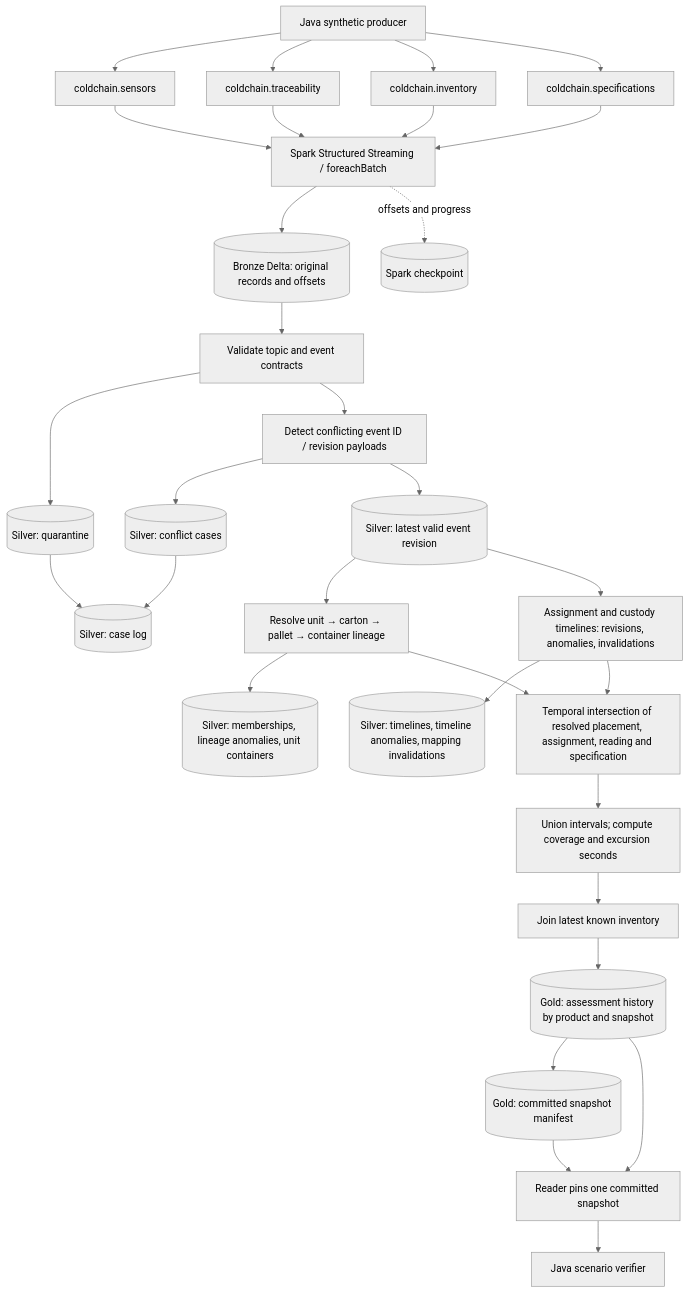
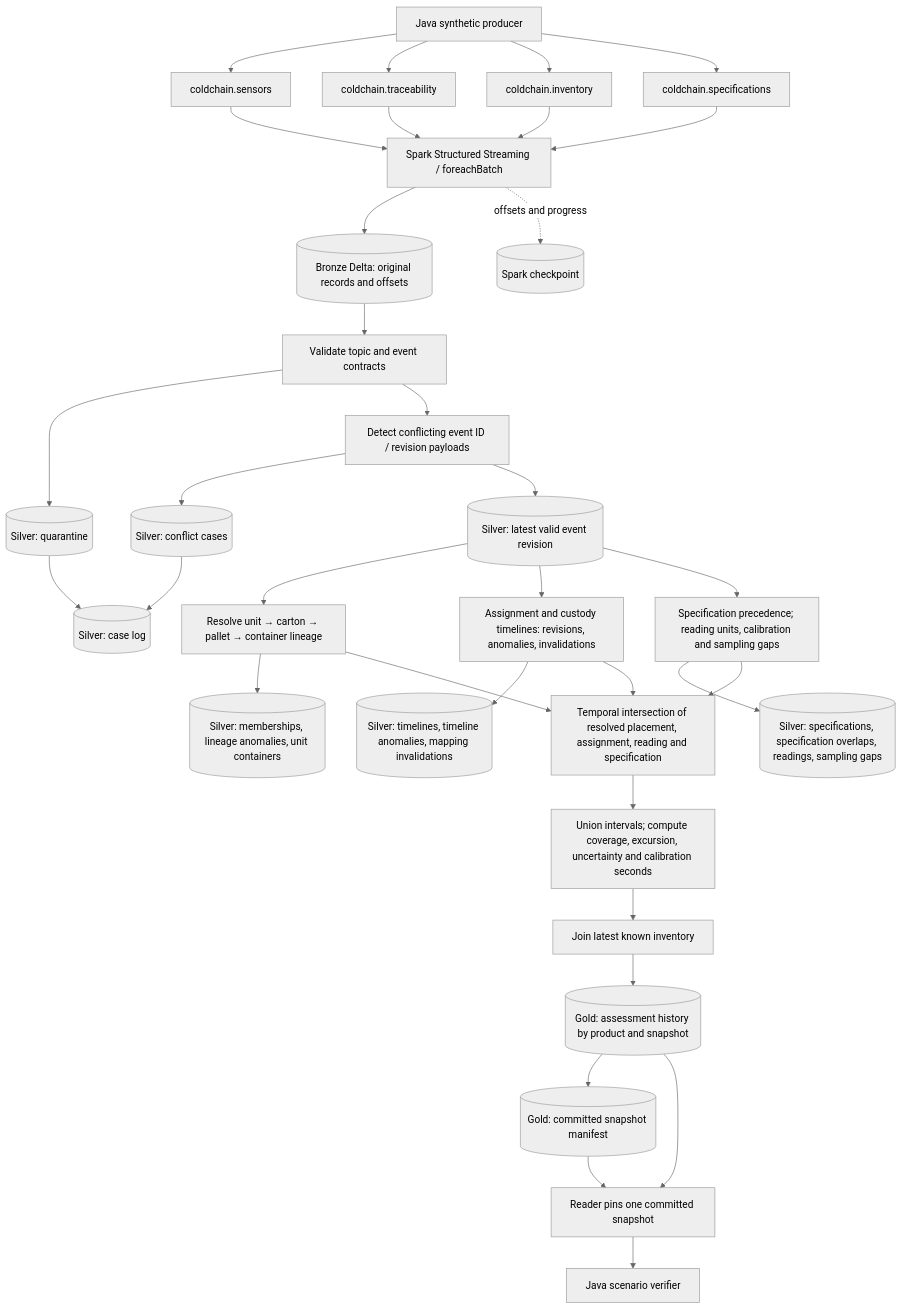
One commit to rmansoor/pharma-cold-chain changed the first of 2 diagrams in docs/architecture.md. Above: the diagram before and after it, drawn with Mermaid (neutral theme). The commit also changed 20 other files, not shown here.

````diff
--- a/docs/architecture.md
+++ b/docs/architecture.md
@@ -13,33 +13,36 @@
 ```mermaid
 flowchart TD
   SIM[Java synthetic producer] --> S[coldchain.sensors]
   SIM --> T[coldchain.traceability]
   SIM --> I[coldchain.inventory]
   SIM --> P[coldchain.specifications]
   S --> ING[Spark Structured Streaming / foreachBatch]
   T --> ING
   I --> ING
   P --> ING
   ING --> B[(Bronze Delta: original records and offsets)]
   B --> V[Validate topic and event contracts]
   V --> Q[(Silver: quarantine)]
   V --> C[Detect conflicting event ID / revision payloads]
   C --> CQ[(Silver: conflict cases)]
   Q --> L[(Silver: case log)]
   CQ --> L
   C --> E[(Silver: latest valid event revision)]
   E --> LIN[Resolve unit → carton → pallet → container lineage]
   LIN --> LA[(Silver: memberships, lineage anomalies, unit containers)]
   E --> TL[Assignment and custody timelines: revisions, anomalies, invalidations]
   TL --> TA[(Silver: timelines, timeline anomalies, mapping invalidations)]
   TL --> J
+  E --> SP[Specification precedence; reading units, calibration and sampling gaps]
+  SP --> SQ[(Silver: specifications, specification overlaps, readings, sampling gaps)]
+  SP --> J
   LIN --> J[Temporal intersection of resolved placement, assignment, reading and specification]
-  J --> U[Union intervals; compute coverage and excursion seconds]
+  J --> U[Union intervals; compute coverage, excursion, uncertainty and calibration seconds]
   U --> INV[Join latest known inventory]
   INV --> H[(Gold: assessment history by product and snapshot)]
   H --> M[(Gold: committed snapshot manifest)]
   M --> R[Reader pins one committed snapshot]
   H --> R
   R --> VERIFY[Java scenario verifier]
   ING -. offsets and progress .-> CK[(Spark checkpoint)]
 ```
````
